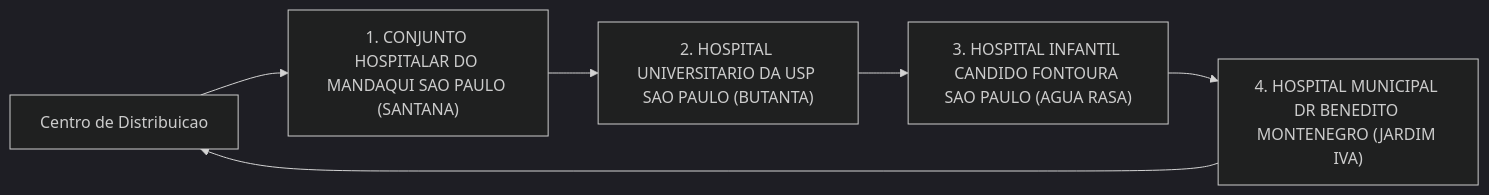
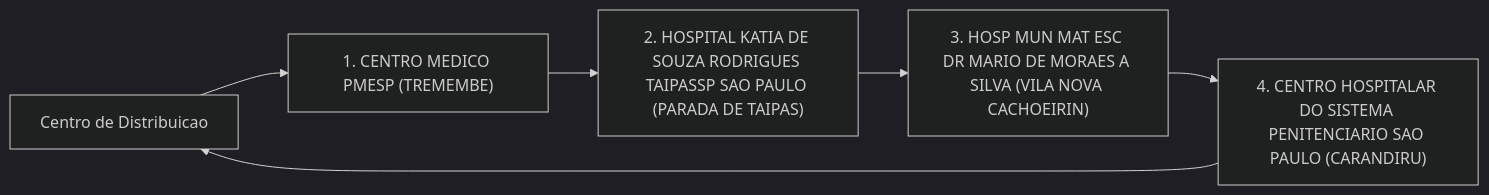
One commit to victorldomingues/pos_fiap_ia_fase2_tech_challenge changed the fourth of 11 diagrams in tsp/output/instrucoes_motoristas.md. Above: the diagram before and after it, drawn with Mermaid (dark theme). The commit also changed other lines of this file and 6 other files, not shown here.

````diff
--- a/tsp/output/instrucoes_motoristas.md
+++ b/tsp/output/instrucoes_motoristas.md
@@ -254,13 +242,13 @@
 ```mermaid
 flowchart LR
     deposito["Centro de Distribuicao"]
-    parada_1["1. CONJUNTO HOSPITALAR DO MANDAQUI SAO PAULO (SANTANA)"]
+    parada_1["1. CENTRO MEDICO PMESP (TREMEMBE)"]
     deposito --> parada_1
-    parada_2["2. HOSPITAL UNIVERSITARIO DA USP SAO PAULO (BUTANTA)"]
+    parada_2["2. HOSPITAL KATIA DE SOUZA RODRIGUES TAIPASSP SAO PAULO (PARADA DE TAIPAS)"]
     parada_1 --> parada_2
-    parada_3["3. HOSPITAL INFANTIL CANDIDO FONTOURA SAO PAULO (AGUA RASA)"]
+    parada_3["3. HOSP MUN MAT ESC DR MARIO DE MORAES A SILVA (VILA NOVA CACHOEIRIN)"]
     parada_2 --> parada_3
-    parada_4["4. HOSPITAL MUNICIPAL DR BENEDITO MONTENEGRO (JARDIM IVA)"]
+    parada_4["4. CENTRO HOSPITALAR DO SISTEMA PENITENCIARIO SAO PAULO (CARANDIRU)"]
     parada_3 --> parada_4
     parada_4 --> deposito
 ```
````
